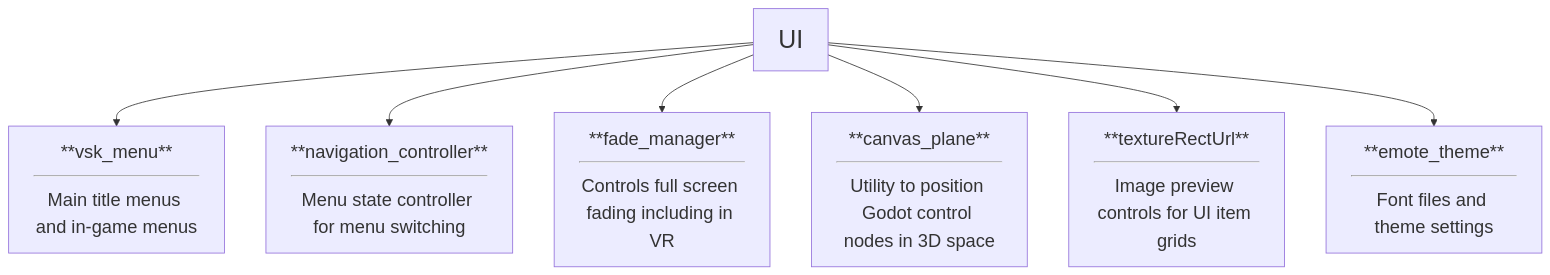
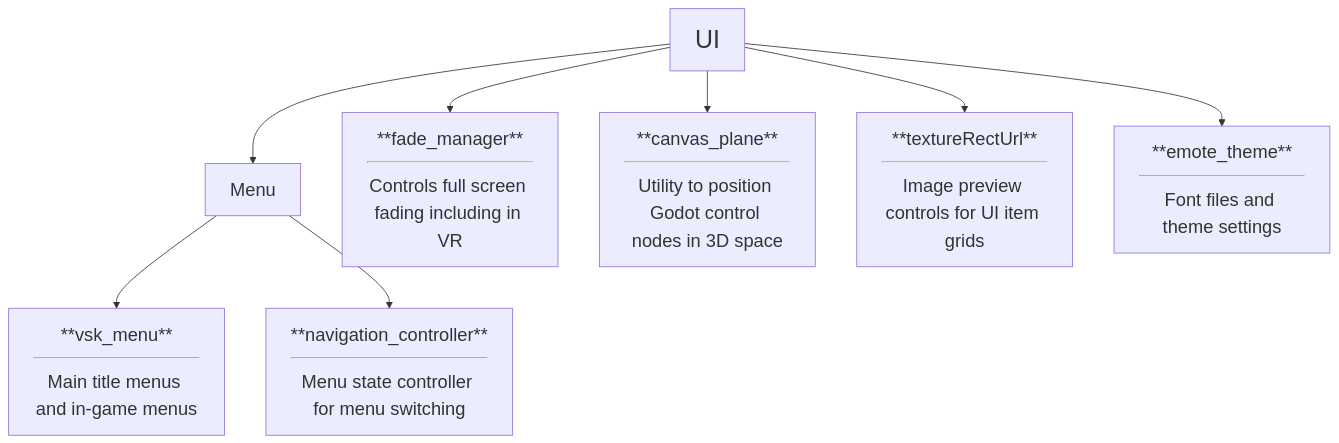
One commit to dragonhunt02/v-sekai-game changed the fourth of 9 diagrams in test2.md. Above: the diagram before and after it, drawn with Mermaid. The commit also changed other lines of this file, not shown here.

````diff
--- a/test2.md
+++ b/test2.md
@@ -40,13 +43,14 @@
 ```mermaid
 %%{init: {'themeVariables': { 'fontSize': '22px' }}}%%
 flowchart TD
-        UI --> addon3[**vsk_menu**<hr>Main title menus and in-game menus]
-        UI --> addon24[**navigation_controller**<hr>Menu state controller for menu switching]
+        UI --> Menu
+        Menu --> addon3[**vsk_menu**<hr>Main title menus and in-game menus]
+        Menu --> addon24[**navigation_controller**<hr>Menu state controller for menu switching]
         UI --> addon28[**fade_manager**<hr>Controls full screen fading including in VR]
         UI --> addon31[**canvas_plane**<hr>Utility to position Godot control nodes in 3D space]
         UI --> addon7[**textureRectUrl**<hr>Image preview controls for UI item grids]
         UI --> addon15[**emote_theme**<hr>Font files and theme settings]
 
     classDef Category font-size:30px
     class A,B,Actor,Audio,Editor,Entities,Game,UI,Misc,Network,VR-XR,VRM Category
 ```
````
